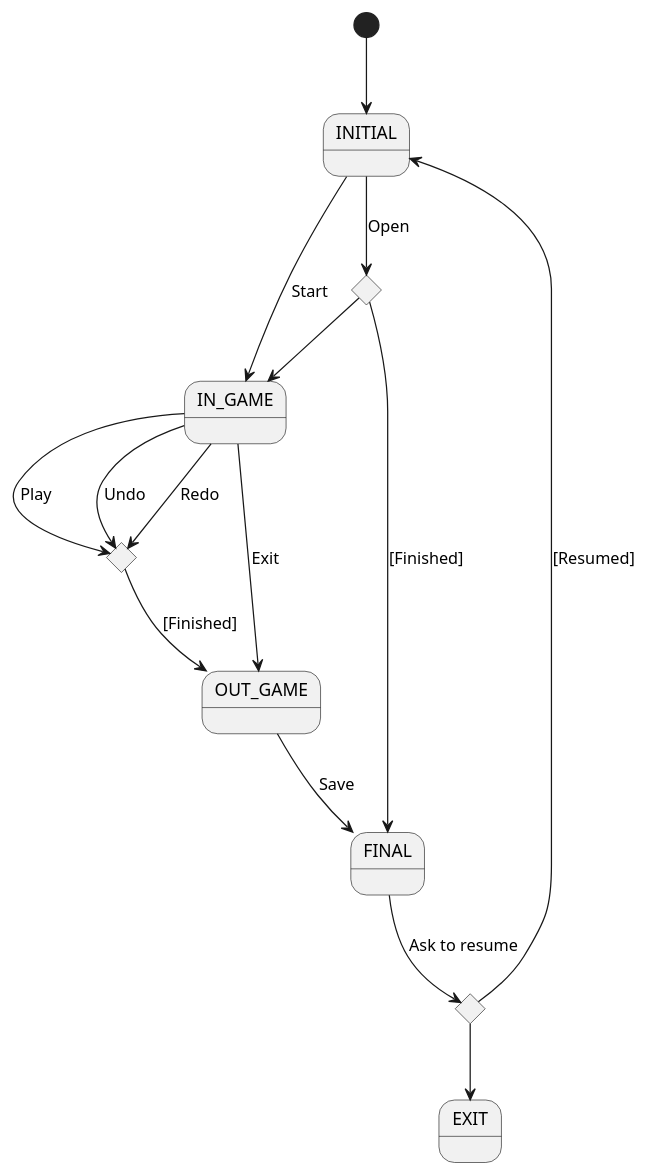
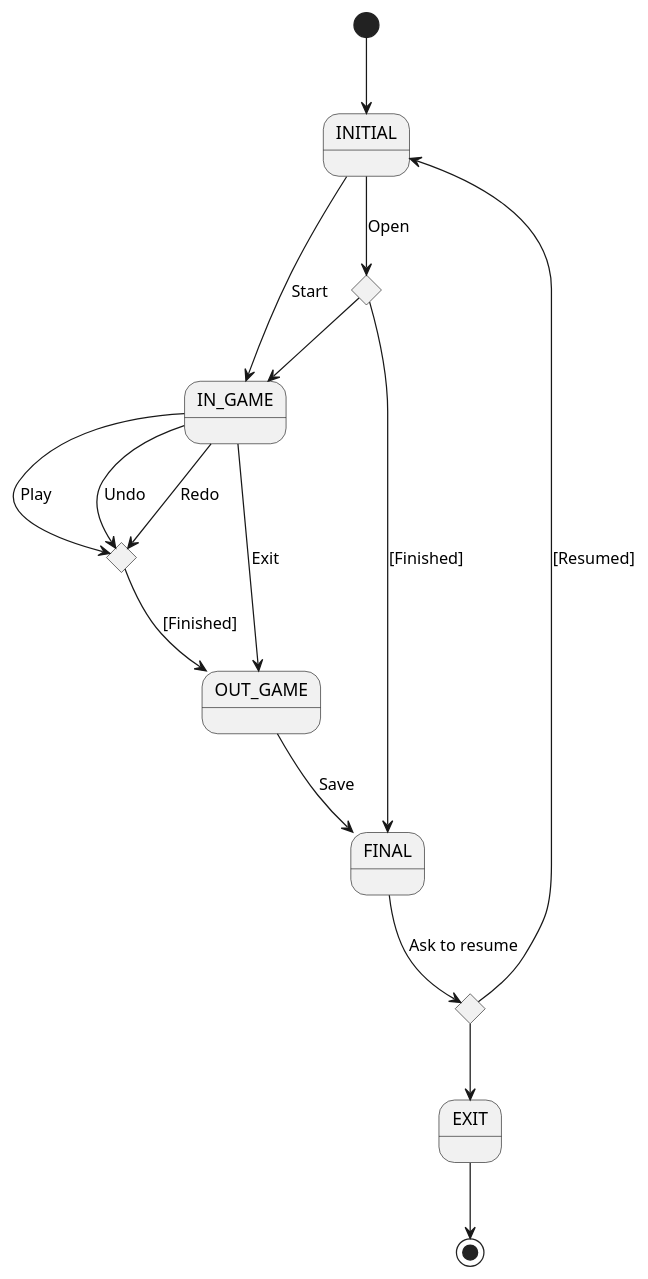
One commit to js-rom/connect4 changed the diagram in connect4/Docs/diagrams/src/requisites/useCaseView.contextDiagram.plantuml. Above: the diagram before and after it, drawn with PlantUML.

Commit message:
docs: add requisites diagrams. context, actors and use cases  #8

```diff
--- a/connect4/Docs/diagrams/src/requisites/useCaseView.contextDiagram.plantuml
+++ b/connect4/Docs/diagrams/src/requisites/useCaseView.contextDiagram.plantuml
@@ -1,30 +1,31 @@
 @startuml useCaseView.contextDiagram
 
 state INITIAL
 state IN_GAME
 state INITIAL_OPT_FINISHED <<choice>>
 state IN_GAME
 state IN_GAME_OPT_FINISHED <<choice>>
 state OUT_GAME
 state FINAL
 state FINAL_OPT_RESUMED <<choice>>
 state EXIT
 
 [*] --> INITIAL
 INITIAL --> IN_GAME : Start
 INITIAL --> INITIAL_OPT_FINISHED : Open
 INITIAL_OPT_FINISHED --> IN_GAME
 INITIAL_OPT_FINISHED --> FINAL : [Finished]
 
 IN_GAME --> IN_GAME_OPT_FINISHED : Play
 IN_GAME --> IN_GAME_OPT_FINISHED : Undo
 IN_GAME --> IN_GAME_OPT_FINISHED : Redo
 IN_GAME --> OUT_GAME : Exit
 IN_GAME_OPT_FINISHED --> OUT_GAME : [Finished]
 
 OUT_GAME --> FINAL : Save
 FINAL --> FINAL_OPT_RESUMED : Ask to resume
 FINAL_OPT_RESUMED --> EXIT
 FINAL_OPT_RESUMED --> INITIAL : [Resumed]
+EXIT --> [*]
 
 @enduml
```
